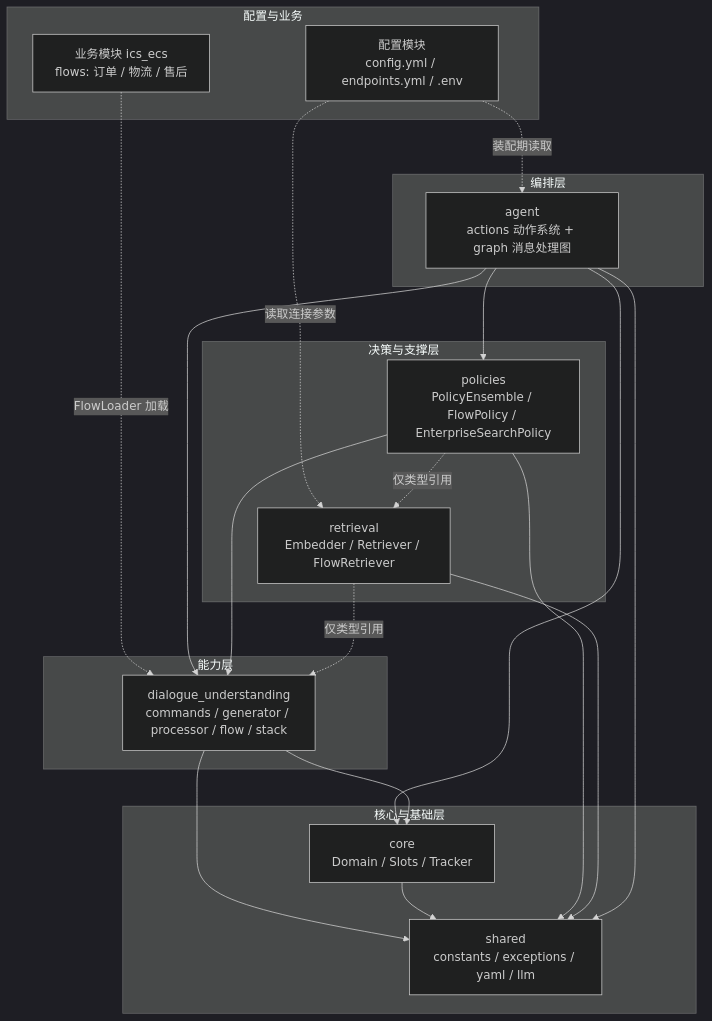
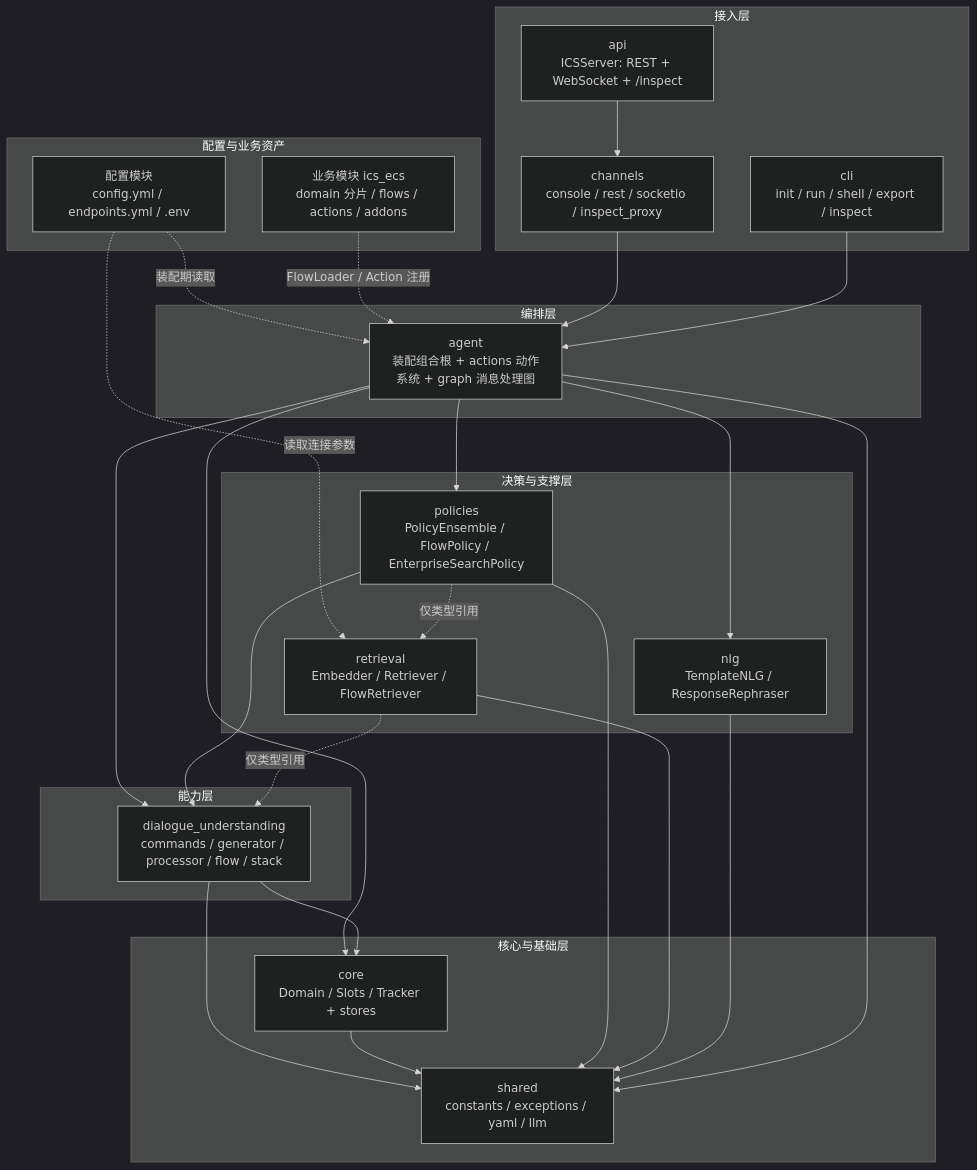
One commit to LiuZhiGuang-Tech/intelligent_customer_service changed the first of 2 diagrams in README.md. Above: the diagram before and after it, drawn with Mermaid (dark theme). The commit also changed other lines of this file, not shown here.

````diff
--- a/README.md
+++ b/README.md
@@ -42,42 +93,53 @@
 ```mermaid
 flowchart TD
-    subgraph EXT[配置与业务]
+    subgraph EXT[配置与业务资产]
         CFG["配置模块<br/>config.yml / endpoints.yml / .env"]
-        ECS["业务模块 ics_ecs<br/>flows: 订单 / 物流 / 售后"]
+        ECS["业务模块 ics_ecs<br/>domain 分片 / flows / actions / addons"]
+    end
+
+    subgraph ACCESS[接入层]
+        CH["channels<br/>console / rest / socketio / inspect_proxy"]
+        API["api<br/>ICSServer: REST + WebSocket + /inspect"]
+        CLI["cli<br/>init / run / shell / export / inspect"]
     end
 
     subgraph ORCH[编排层]
-        AGENT["agent<br/>actions 动作系统 + graph 消息处理图"]
+        AGENT["agent<br/>装配组合根 + actions 动作系统 + graph 消息处理图"]
     end
 
     subgraph DECIDE[决策与支撑层]
         POL["policies<br/>PolicyEnsemble / FlowPolicy / EnterpriseSearchPolicy"]
         RET["retrieval<br/>Embedder / Retriever / FlowRetriever"]
+        NLG["nlg<br/>TemplateNLG / ResponseRephraser"]
     end
 
     subgraph ABILITY[能力层]
         DU["dialogue_understanding<br/>commands / generator / processor / flow / stack"]
     end
 
     subgraph BASE[核心与基础层]
-        CORE["core<br/>Domain / Slots / Tracker"]
+        CORE["core<br/>Domain / Slots / Tracker + stores"]
         SHARED["shared<br/>constants / exceptions / yaml / llm"]
     end
 
     CFG -.装配期读取.-> AGENT
     CFG -.读取连接参数.-> RET
-    ECS -.FlowLoader 加载.-> DU
-
+    ECS -.FlowLoader / Action 注册.-> AGENT
+    CH --> AGENT
+    API --> CH
+    CLI --> AGENT
     AGENT --> POL
     AGENT --> DU
     AGENT --> CORE
+    AGENT --> NLG
     POL --> DU
     POL -.仅类型引用.-> RET
     RET -.仅类型引用.-> DU
     DU --> CORE
     DU --> SHARED
     CORE --> SHARED
     POL --> SHARED
     RET --> SHARED
+    NLG --> SHARED
     AGENT --> SHARED
 ```
````
